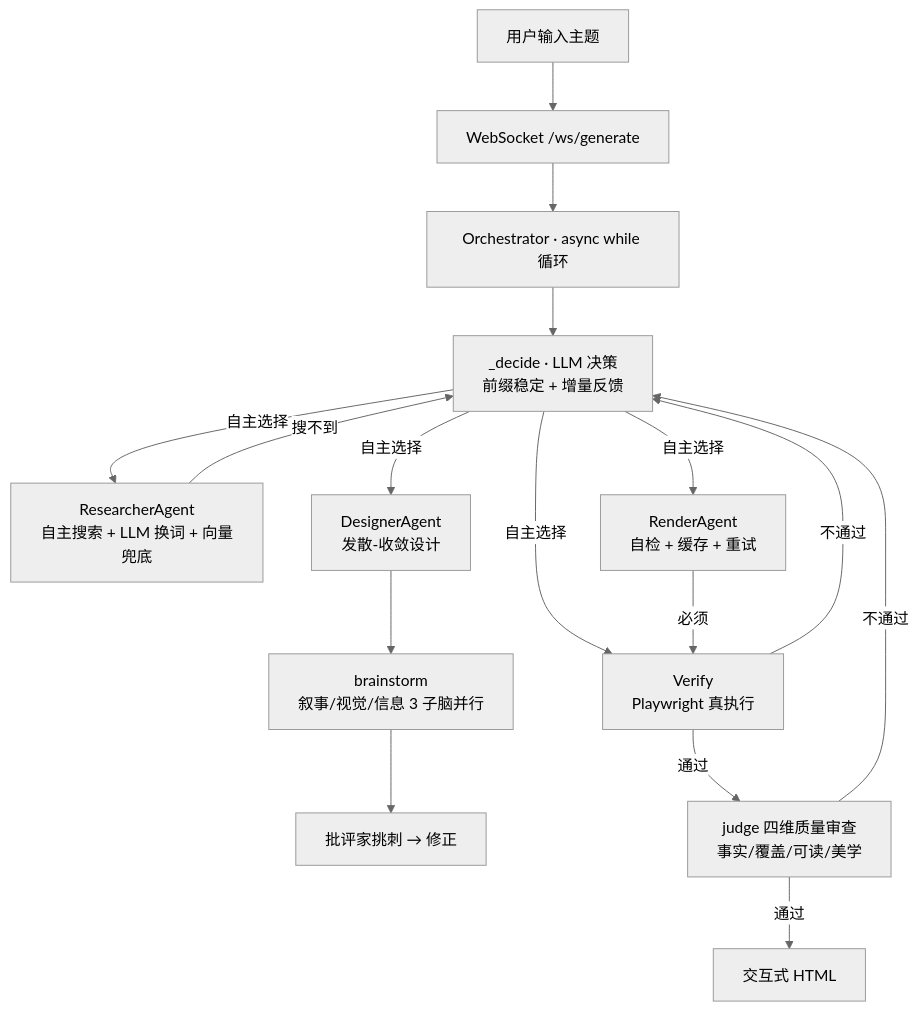
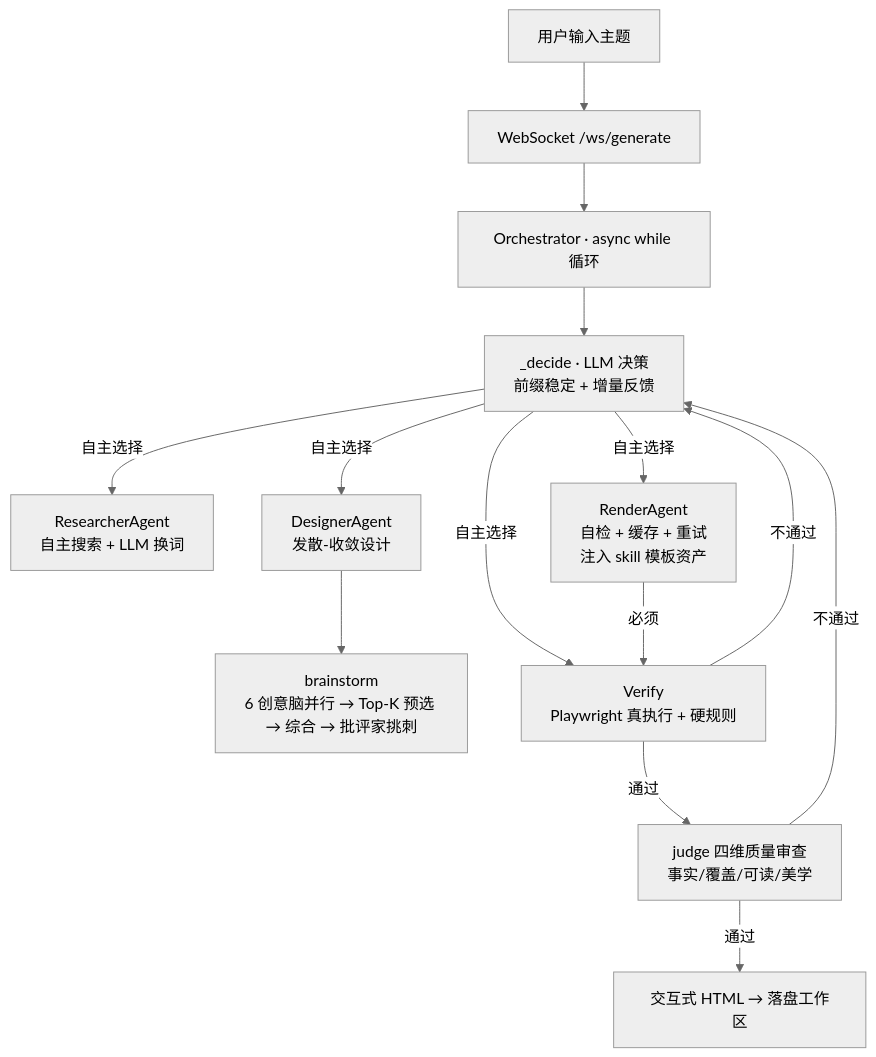
Before and after one commit to hfujw/ai-native-workflow: the diagram in README.md, drawn with Mermaid (neutral theme). The commit also changed other lines of this file and 6 other files, not shown here.

````diff
--- a/README.md
+++ b/README.md
@@ -41,18 +37,16 @@
 ```mermaid
 flowchart TD
     U[用户输入主题] --> WS[WebSocket /ws/generate]
     WS --> O[Orchestrator · async while 循环]
     O --> D[_decide · LLM 决策<br/>前缀稳定 + 增量反馈]
-    D -->|自主选择| S[ResearcherAgent<br/>自主搜索 + LLM 换词 + 向量兜底]
+    D -->|自主选择| S[ResearcherAgent<br/>自主搜索 + LLM 换词]
     D -->|自主选择| DE[DesignerAgent<br/>发散-收敛设计]
-    DE --> B[brainstorm<br/>叙事/视觉/信息 3 子脑并行]
-    B --> C[批评家挑刺 → 修正]
-    D -->|自主选择| R[RenderAgent<br/>自检 + 缓存 + 重试]
-    D -->|自主选择| V[Verify<br/>Playwright 真执行]
+    DE --> B[brainstorm<br/>6 创意脑并行 → Top-K 预选 → 综合 → 批评家挑刺]
+    D -->|自主选择| R[RenderAgent<br/>自检 + 缓存 + 重试<br/>注入 skill 模板资产]
+    D -->|自主选择| V[Verify<br/>Playwright 真执行 + 硬规则]
     V -->|通过| J[judge 四维质量审查<br/>事实/覆盖/可读/美学]
-    J -->|通过| HTML[交互式 HTML]
+    J -->|通过| HTML[交互式 HTML → 落盘工作区]
     J -->|不通过| D
     V -->|不通过| D
-    S -->|搜不到| D
     R -->|必须| V
 ```
````
